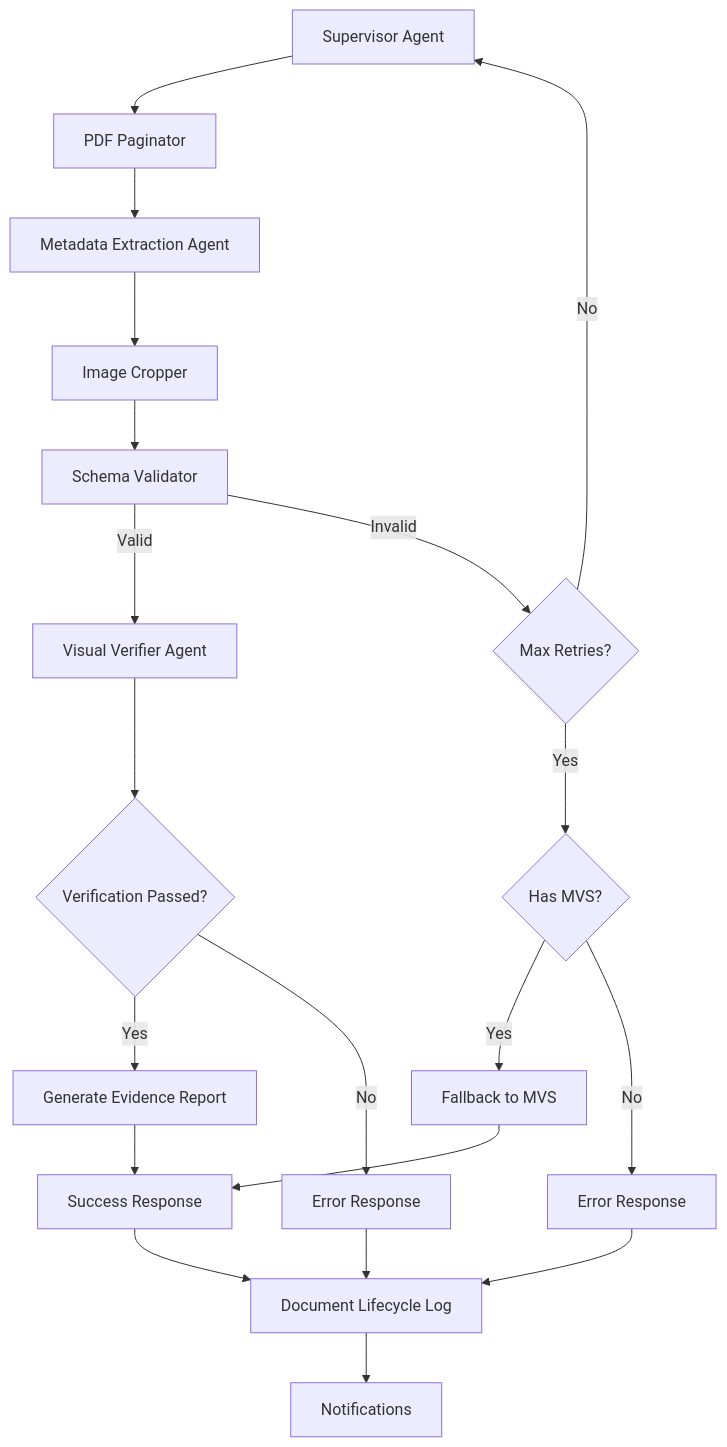
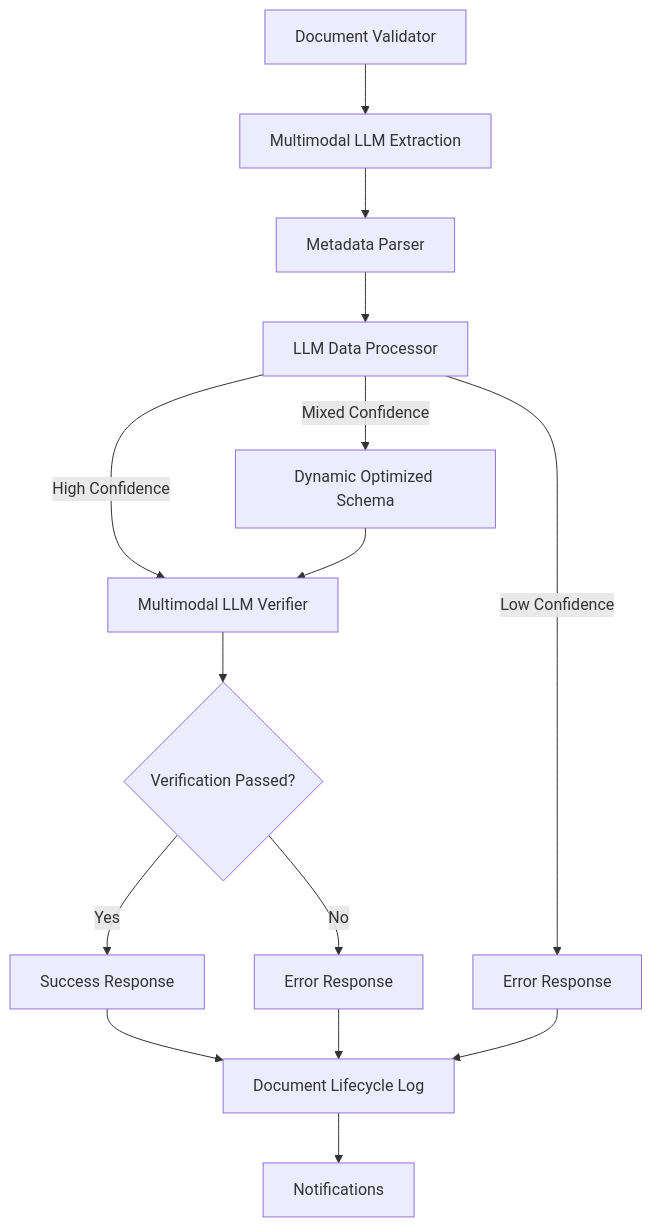
The diagram in V1_Linear_Flow/README.md (mpbrigham/materials-archive-extraction), drawn with Mermaid before and after one commit. The commit also changed other lines of this file and 17 other files, not shown here.

````diff
--- a/V1_Linear_Flow/README.md
+++ b/V1_Linear_Flow/README.md
@@ -11,22 +11,17 @@
 ```mermaid
 flowchart TD
-    A[Supervisor Agent] --> B[PDF Paginator]
-    B --> C[Metadata Extraction Agent]
-    C --> D[Image Cropper]
-    D --> E[Schema Validator]
-    E -->|Valid| F[Visual Verifier Agent]
-    E -->|Invalid| G{Max Retries?}
-    G -->|No| A
-    G -->|Yes| H{Has MVS?}
-    H -->|Yes| I[Fallback to MVS]
-    H -->|No| J[Error Response]
-    F --> K{Verification Passed?}
-    K -->|Yes| L[Generate Evidence Report]
-    L --> M[Success Response]
-    K -->|No| N[Error Response]
-    I --> M
-    M --> O[Document Lifecycle Log]
-    J --> O
-    N --> O
-    O --> P[Notifications]
+    A[Document Validator] --> B[Multimodal LLM Extraction]
+    B --> C[Metadata Parser]
+    C --> D[LLM Data Processor]
+    D -->|High Confidence| E[Multimodal LLM Verifier]
+    D -->|Mixed Confidence| F[Dynamic Optimized Schema]
+    D -->|Low Confidence| H[Error Response]
+    F --> E
+    E --> I{Verification Passed?}
+    I -->|Yes| J[Success Response]
+    I -->|No| K[Error Response]
+    J --> L[Document Lifecycle Log]
+    H --> L
+    K --> L
+    L --> M[Notifications]
 ```
````
